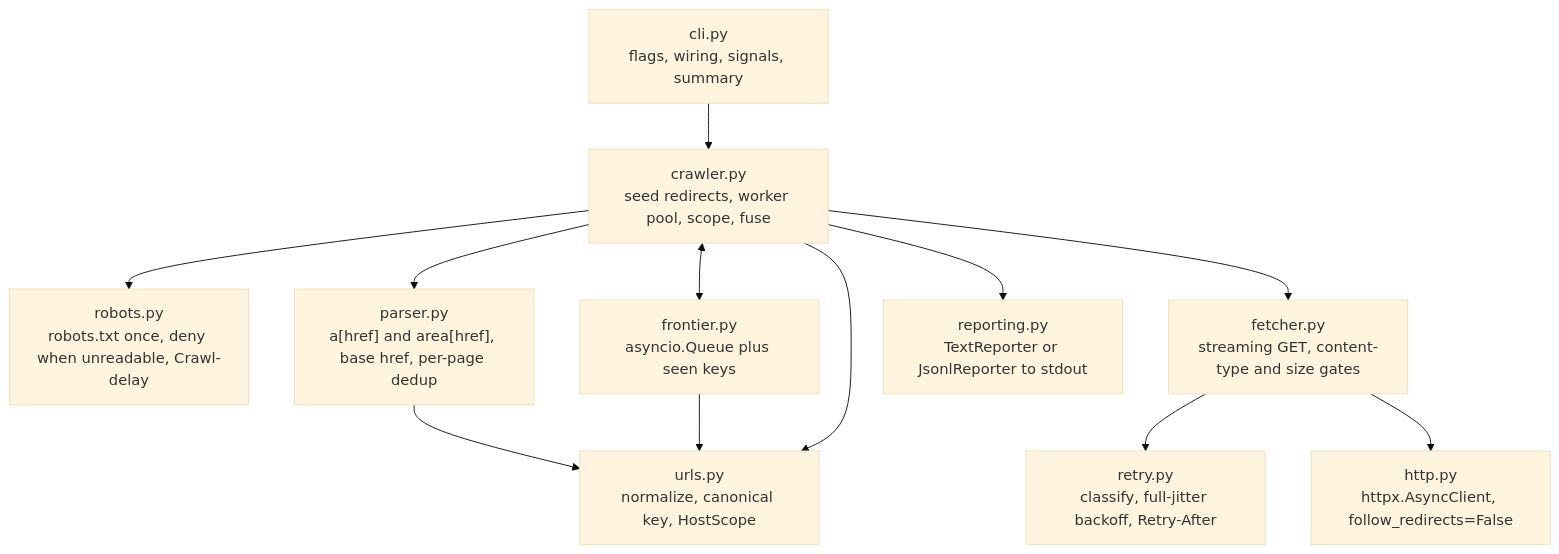
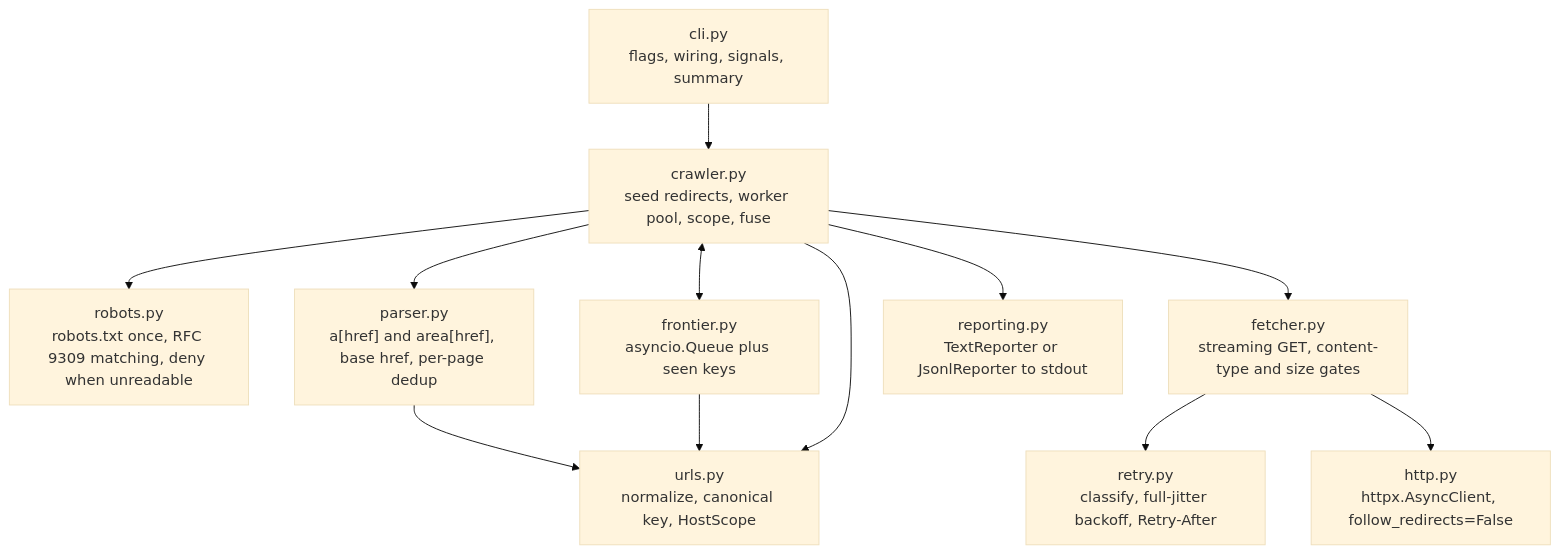
One commit to jmbcs/url-crawler changed the first of 2 diagrams in docs/architecture.md. Above: the diagram before and after it, drawn with Mermaid (base theme). The commit also changed other lines of this file and 6 other files, not shown here.

````diff
--- a/docs/architecture.md
+++ b/docs/architecture.md
@@ -12,14 +12,14 @@
 ```mermaid
 flowchart TD
     CLI["cli.py<br>flags, wiring, signals, summary"] --> Crawler["crawler.py<br>seed redirects, worker pool, scope, fuse"]
-    Crawler --> Robots["robots.py<br>robots.txt once, deny when unreadable, Crawl-delay"]
+    Crawler --> Robots["robots.py<br>robots.txt once, RFC 9309 matching, deny when unreadable"]
     Crawler <--> Frontier["frontier.py<br>asyncio.Queue plus seen keys"]
     Crawler --> Fetcher["fetcher.py<br>streaming GET, content-type and size gates"]
     Fetcher --> Retry["retry.py<br>classify, full-jitter backoff, Retry-After"]
     Fetcher --> Client["http.py<br>httpx.AsyncClient, follow_redirects=False"]
     Crawler --> Parser["parser.py<br>a[href] and area[href], base href, per-page dedup"]
     Parser --> Urls["urls.py<br>normalize, canonical key, HostScope"]
     Frontier --> Urls
     Crawler --> Urls
     Crawler --> Reporter["reporting.py<br>TextReporter or JsonlReporter to stdout"]
 ```
````
